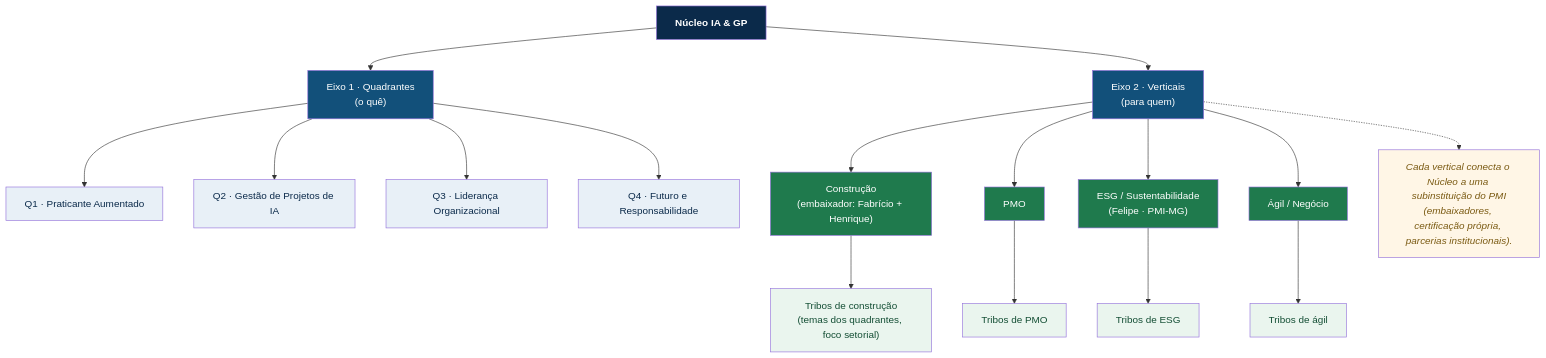
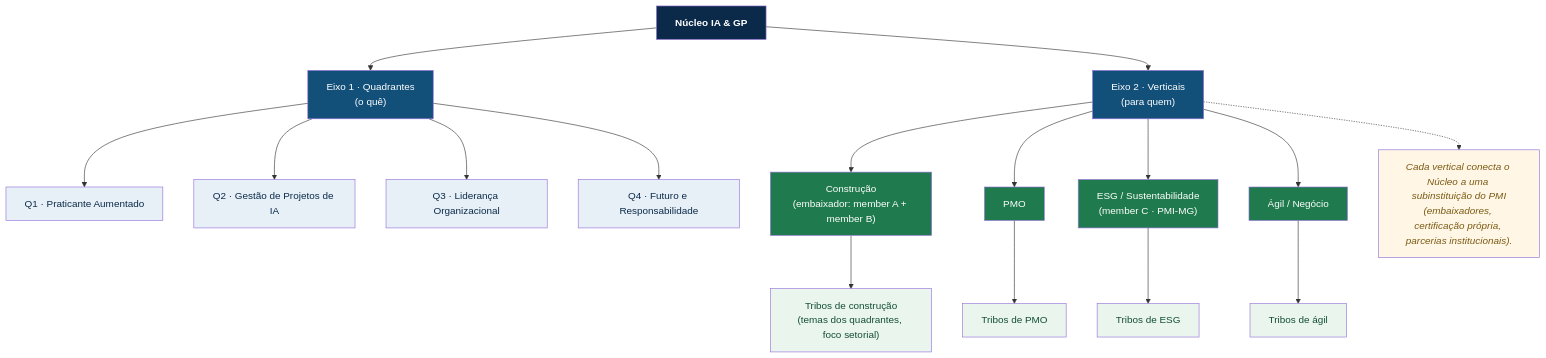
One commit to VitorMRodovalho/ai-pm-research-hub changed the diagram in _handoff/kickoff-ciclo4/verticais.mmd. Above: the diagram before and after it, drawn with Mermaid. The commit also changed 65 other files, not shown here.

```diff
--- a/_handoff/kickoff-ciclo4/verticais.mmd
+++ b/_handoff/kickoff-ciclo4/verticais.mmd
@@ -1,30 +1,30 @@
 flowchart TB
   N["Núcleo IA & GP"]:::core
 
   N --> Q["Eixo 1 · Quadrantes<br/>(o quê)"]:::axis
   N --> V["Eixo 2 · Verticais<br/>(para quem)"]:::axis
 
   Q --> Q1["Q1 · Praticante Aumentado"]:::q
   Q --> Q2["Q2 · Gestão de Projetos de IA"]:::q
   Q --> Q3["Q3 · Liderança Organizacional"]:::q
   Q --> Q4["Q4 · Futuro e Responsabilidade"]:::q
 
-  V --> VC["Construção<br/>(embaixador: Fabrício + Henrique)"]:::v
+  V --> VC["Construção<br/>(embaixador: member A + member B)"]:::v
   V --> VP["PMO"]:::v
-  V --> VE["ESG / Sustentabilidade<br/>(Felipe · PMI-MG)"]:::v
+  V --> VE["ESG / Sustentabilidade<br/>(member C · PMI-MG)"]:::v
   V --> VA["Ágil / Negócio"]:::v
 
   VC --> TC["Tribos de construção<br/>(temas dos quadrantes, foco setorial)"]:::t
   VP --> TP["Tribos de PMO"]:::t
   VE --> TE["Tribos de ESG"]:::t
   VA --> TA["Tribos de ágil"]:::t
 
   NOTE["Cada vertical conecta o Núcleo a uma subinstituição do PMI<br/>(embaixadores, certificação própria, parcerias institucionais)."]:::note
   V -.-> NOTE
 
   classDef core fill:#0B2A4A,color:#fff,font-weight:bold;
   classDef axis fill:#12507a,color:#fff;
   classDef q fill:#e8f0f7,color:#0B2A4A;
   classDef v fill:#1f7a4d,color:#fff;
   classDef t fill:#eaf5ee,color:#134e34;
   classDef note fill:#fff6e6,color:#7a5a12,font-style:italic;
```
